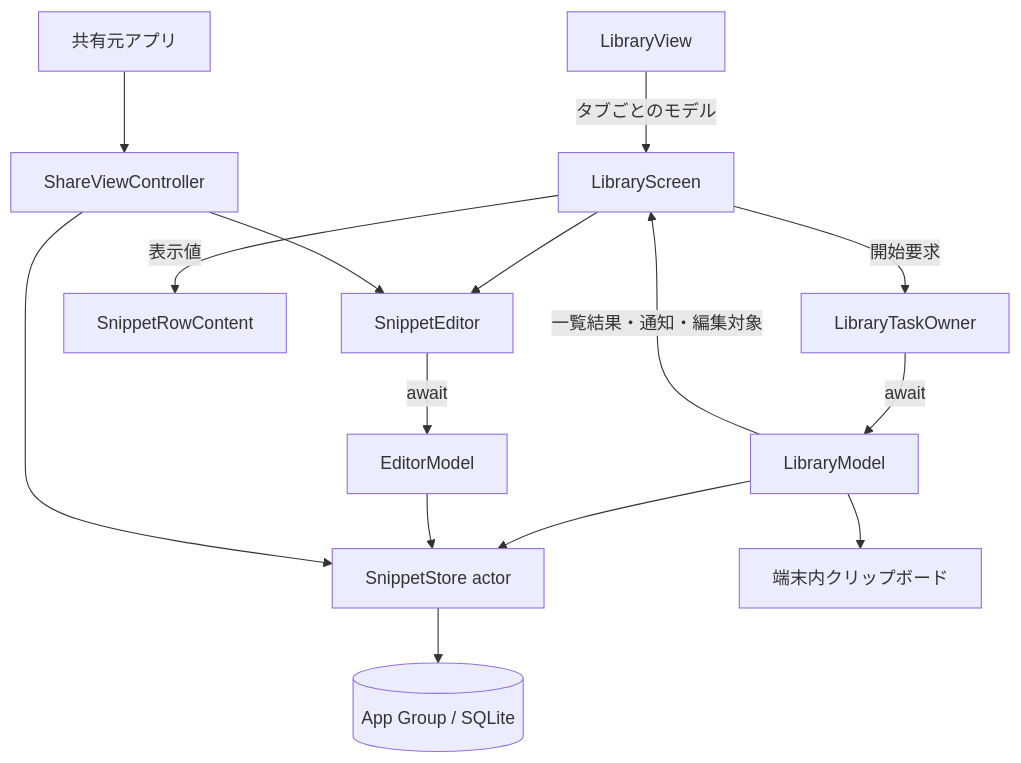
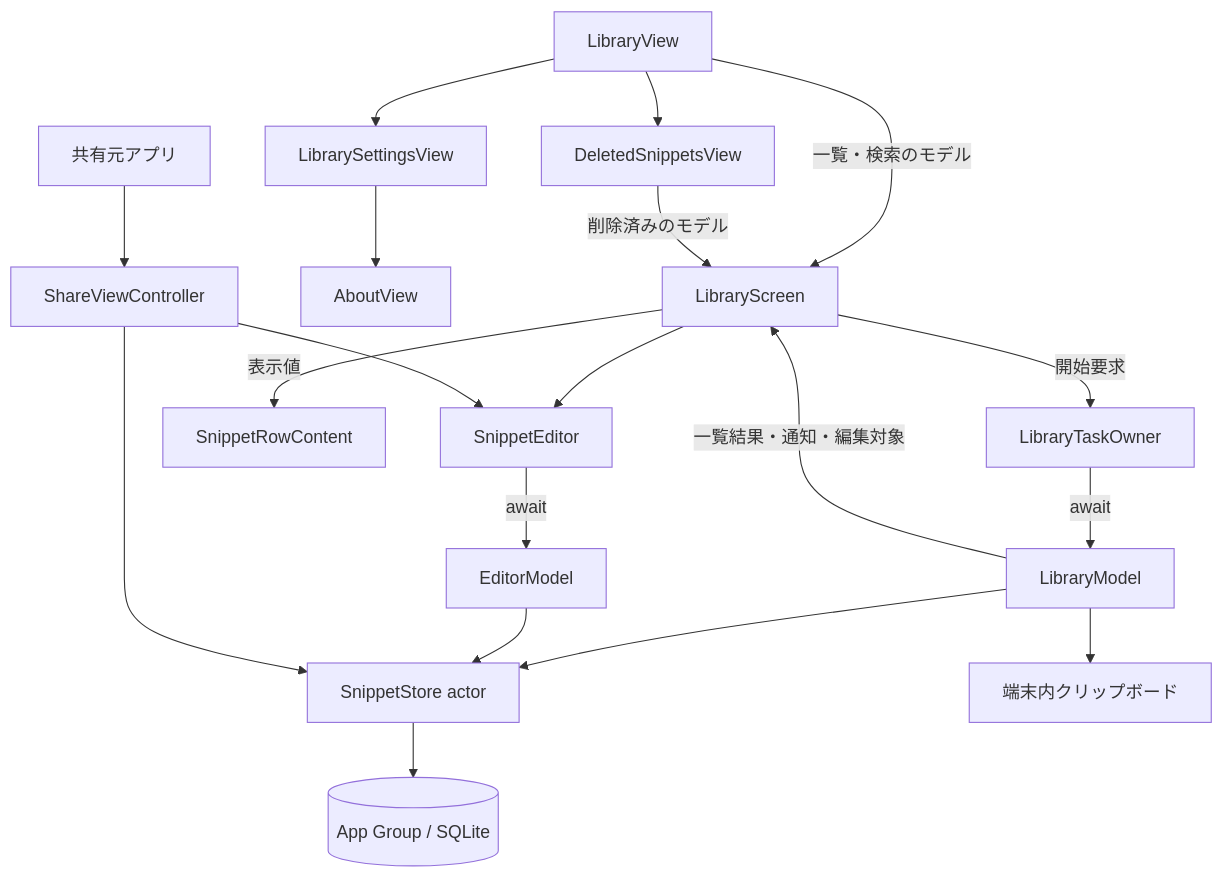
The first of 2 diagrams in docs/decisions/0002-mvp-app.md (9uiLe/nibble), drawn with Mermaid before and after one commit. The commit also changed other lines of this file and 5 other files, not shown here.

````diff
--- a/docs/decisions/0002-mvp-app.md
+++ b/docs/decisions/0002-mvp-app.md
@@ -81,17 +158,21 @@
 ```mermaid
 flowchart TB
-    Tabs[LibraryView] -->|タブごとのモデル| Library[LibraryScreen]
+    Tabs[LibraryView] -->|一覧・検索のモデル| Library[LibraryScreen]
+    Tabs --> Settings[LibrarySettingsView]
+    Settings --> About[AboutView]
+    Tabs --> Trash[DeletedSnippetsView]
+    Trash -->|削除済みのモデル| Library
     Library -->|開始要求| Owner[LibraryTaskOwner]
     Owner -->|await| Model[LibraryModel]
     Model -->|一覧結果・通知・編集対象| Library
     Library -->|表示値| Row[SnippetRowContent]
     Library --> Editor[SnippetEditor]
     Host[共有元アプリ] --> Share[ShareViewController]
     Share --> Editor
     Editor -->|await| Editing[EditorModel]
     Model --> Store[SnippetStore actor]
     Editing --> Store
     Share --> Store
     Store --> DB[(App Group / SQLite)]
     Model --> Clipboard[端末内クリップボード]
 ```
````
